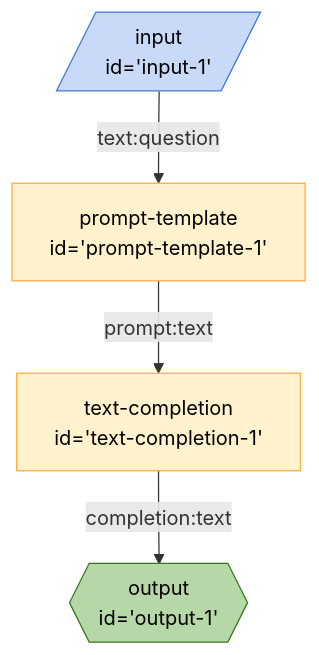
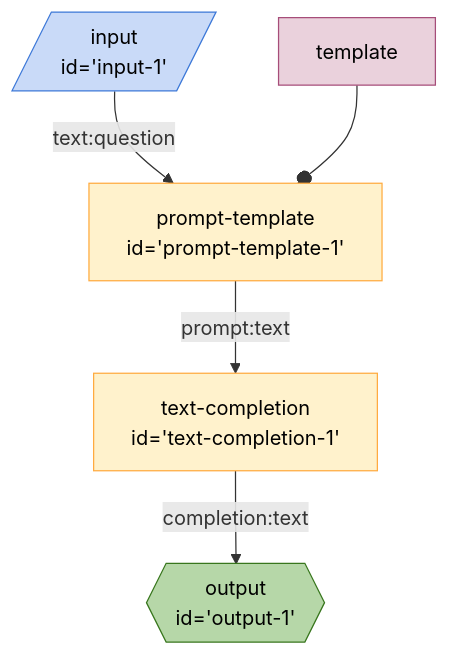
Before and after one commit to breadboard-ai/breadboard: the diagram in seeds/graph-playground/docs/graphs/simple-prompt.md, drawn with Mermaid. The commit also changed 15 other files, not shown here.

First line of the commit message:
[graphs] Show `configuration` as constants.

````diff
--- a/seeds/graph-playground/docs/graphs/simple-prompt.md
+++ b/seeds/graph-playground/docs/graphs/simple-prompt.md
@@ -4,19 +4,21 @@
 ```mermaid
 %%{init: 'themeVariables': { 'fontFamily': 'Fira Code, monospace' }}%%
 graph TD;
 input1[/"input
 id='input-1'"/]:::input -- text:question --> prompttemplate1["prompt-template
 id='prompt-template-1'"]
 prompttemplate1["prompt-template
 id='prompt-template-1'"] -- prompt:text --> textcompletion1["text-completion
 id='text-completion-1'"]
 textcompletion1["text-completion
 id='text-completion-1'"] -- completion:text --> output1{{"output
 id='output-1'"}}:::output
+templateprompttemplate1[template]:::config --o prompttemplate1
 classDef default stroke:#ffab40,fill:#fff2ccff,color:#000
 classDef input stroke:#3c78d8,fill:#c9daf8ff,color:#000
 classDef output stroke:#38761d,fill:#b6d7a8ff,color:#000
 classDef passthrough stroke:#a64d79,fill:#ead1dcff,color:#000
 classDef slot stroke:#a64d79,fill:#ead1dcff,color:#000
+classDef config stroke:#a64d79,fill:#ead1dcff,color:#000
 classDef slotted stroke:#a64d79
 ```
````
